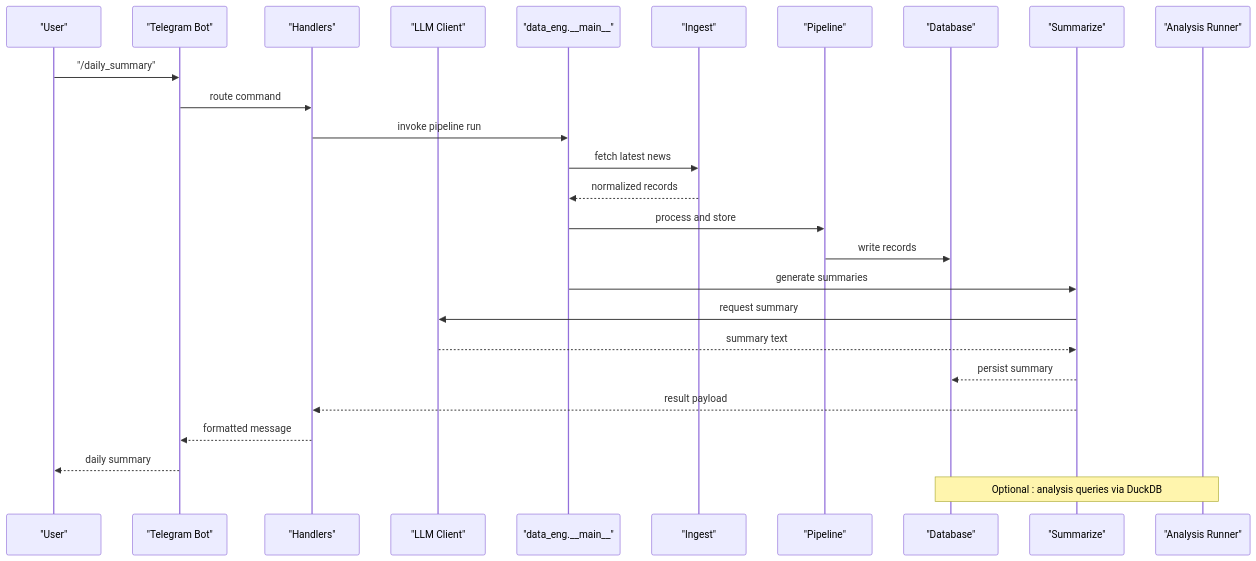
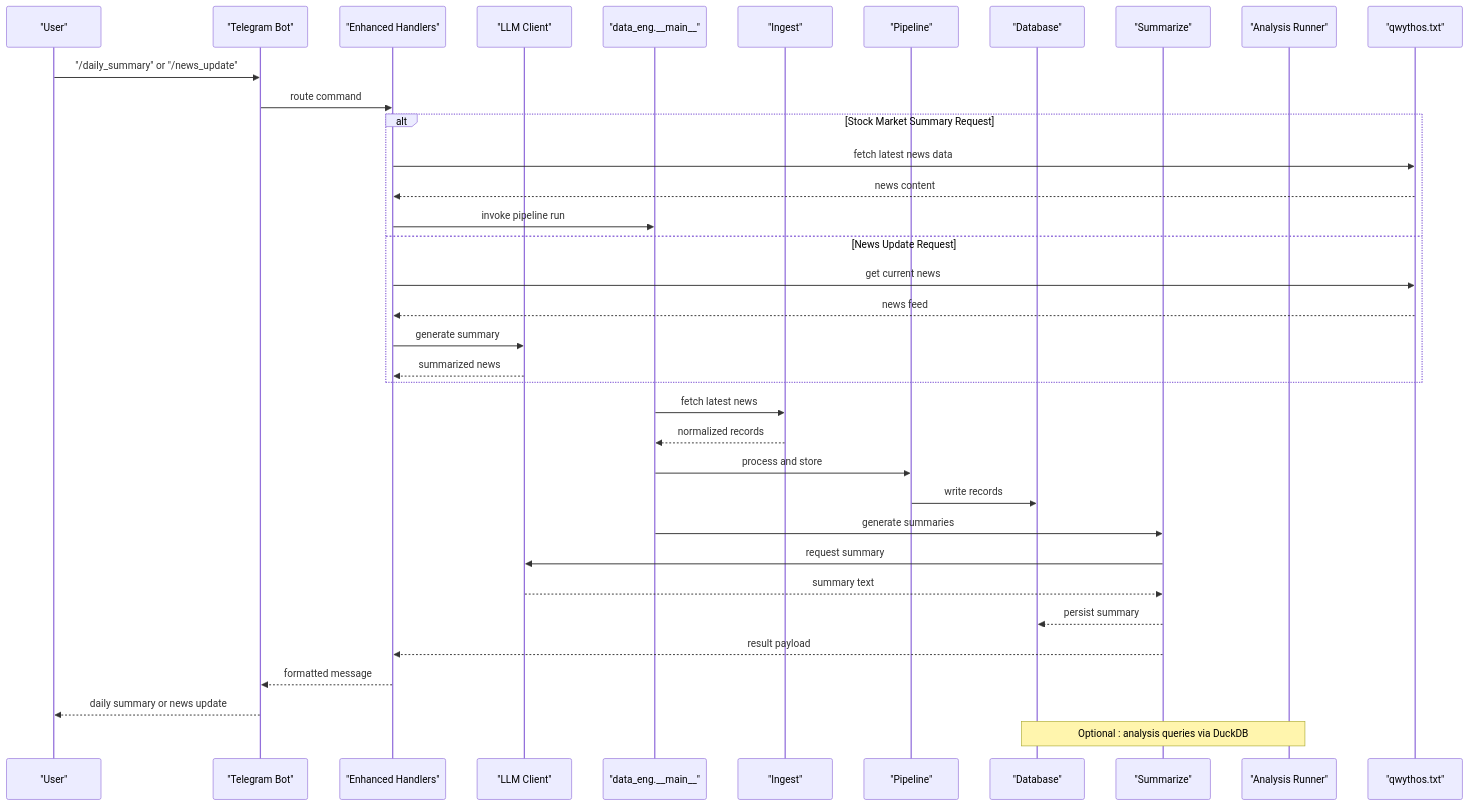
One commit to ZengSeng/telegram-bot changed the second of 4 diagrams in .qoder/repowiki/en/content/Core Components/Data Engineering Module/News Summary System.md. Above: the diagram before and after it, drawn with Mermaid. The commit also changed other lines of this file and 9 other files, not shown here.

````diff
--- a/.qoder/repowiki/en/content/Core Components/Data Engineering Module/News Summary System.md
+++ b/.qoder/repowiki/en/content/Core Components/Data Engineering Module/News Summary System.md
@@ -133,28 +150,38 @@
 ```mermaid
 sequenceDiagram
 participant User as "User"
 participant Bot as "Telegram Bot"
-participant Handlers as "Handlers"
+participant Handlers as "Enhanced Handlers"
 participant LLM as "LLM Client"
 participant Main as "data_eng.__main__"
 participant Ingest as "Ingest"
 participant Pipe as "Pipeline"
 participant DB as "Database"
 participant Summ as "Summarize"
 participant Run as "Analysis Runner"
-User->>Bot : "/daily_summary"
+participant DataSource as "qwythos.txt"
+User->>Bot : "/daily_summary" or "/news_update"
 Bot->>Handlers : route command
+alt Stock Market Summary Request
+Handlers->>DataSource : fetch latest news data
+DataSource-->>Handlers : news content
 Handlers->>Main : invoke pipeline run
+else News Update Request
+Handlers->>DataSource : get current news
+DataSource-->>Handlers : news feed
+Handlers->>LLM : generate summary
+LLM-->>Handlers : summarized news
+end
 Main->>Ingest : fetch latest news
 Ingest-->>Main : normalized records
 Main->>Pipe : process and store
 Pipe->>DB : write records
 Main->>Summ : generate summaries
 Summ->>LLM : request summary
 LLM-->>Summ : summary text
 Summ-->>DB : persist summary
 Summ-->>Handlers : result payload
 Handlers-->>Bot : formatted message
-Bot-->>User : daily summary
+Bot-->>User : daily summary or news update
 Note over Run,DB : Optional : analysis queries via DuckDB
 ```
````
